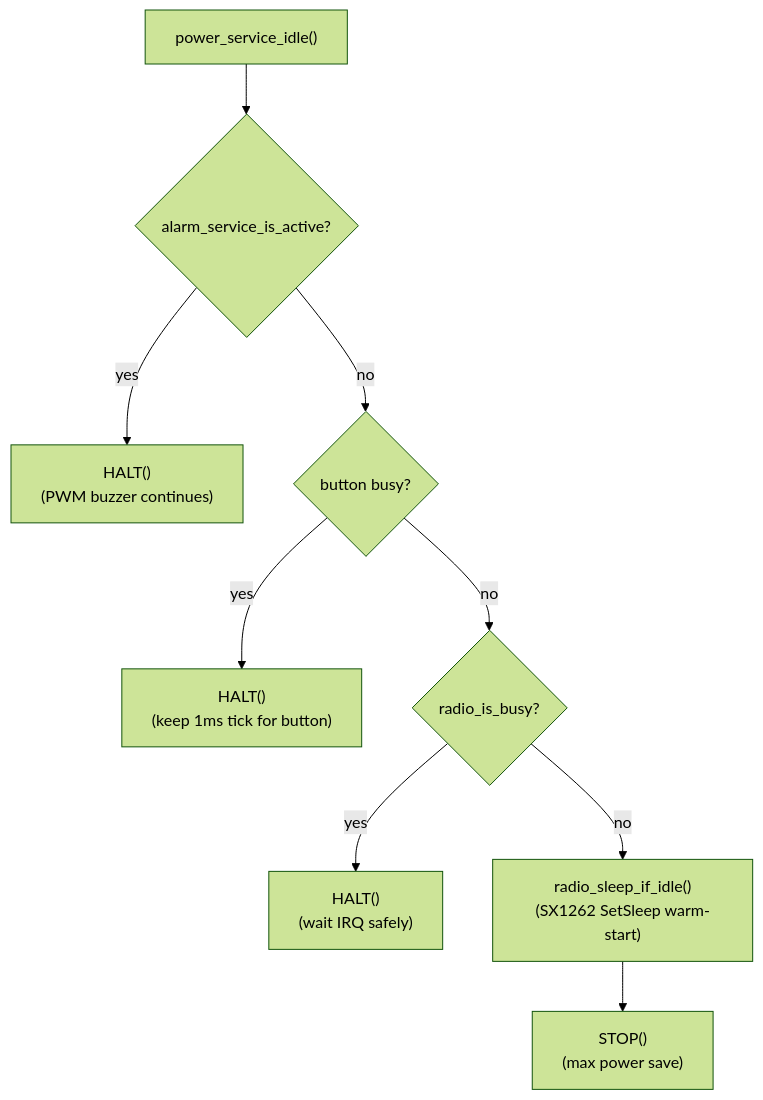
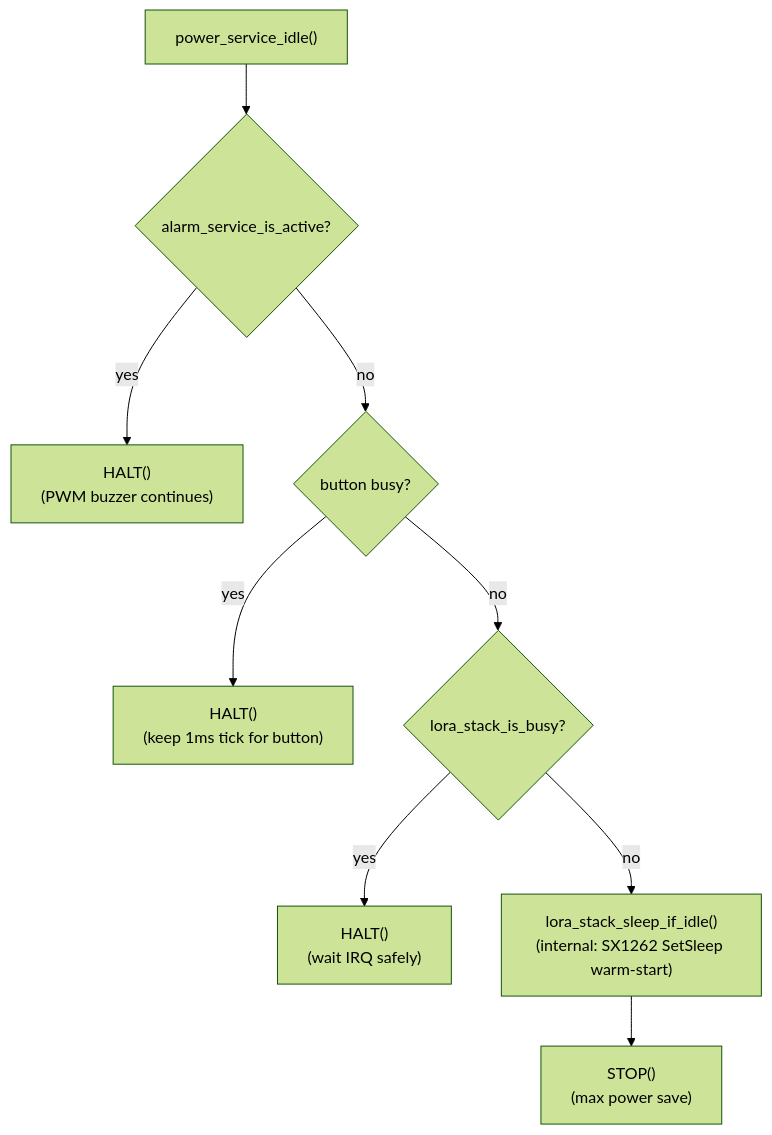
One commit to vuvantruong120896/emic_lora_protocol changed diagram 11 of 11 in EMIC_LORA_PROTOCOL/docs/main_runtime_flow.md. Above: the diagram before and after it, drawn with Mermaid (forest theme). The commit also changed other lines of this file and 79 other files, not shown here.

````diff
--- a/EMIC_LORA_PROTOCOL/docs/main_runtime_flow.md
+++ b/EMIC_LORA_PROTOCOL/docs/main_runtime_flow.md
@@ -499,11 +505,11 @@
 ```mermaid
 flowchart TD
   IDLE["power_service_idle()"] --> Q1{alarm_service_is_active?}
   Q1 -- yes --> HALT["HALT()<br/>(PWM buzzer continues)"]
   Q1 -- no --> QB{button busy?}
   QB -- yes --> HALTB["HALT()<br/>(keep 1ms tick for button)"]
-  QB -- no --> Q2{radio_is_busy?}
+  QB -- no --> Q2{lora_stack_is_busy?}
   Q2 -- yes --> HALT2["HALT()<br/>(wait IRQ safely)"]
-  Q2 -- no --> RS["radio_sleep_if_idle()<br/>(SX1262 SetSleep warm-start)"]
+  Q2 -- no --> RS["lora_stack_sleep_if_idle()<br/>(internal: SX1262 SetSleep warm-start)"]
   RS --> STOP["STOP()<br/>(max power save)"]
 ```
````
